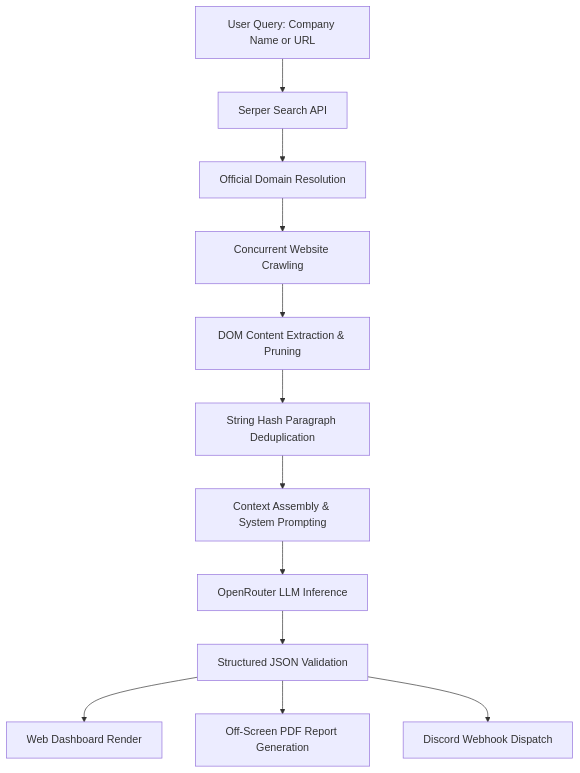
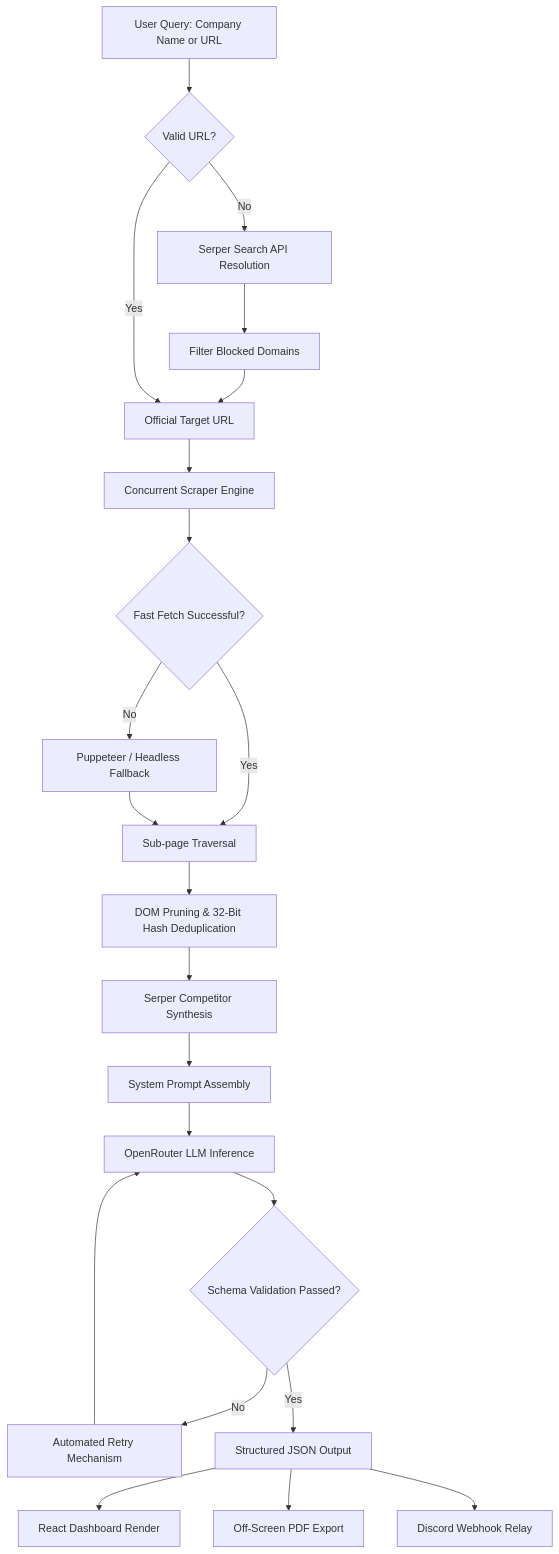
Before and after one commit to sushantkothari/ai-company-research-assistant: the diagram in README.md, drawn with Mermaid. The commit also changed other lines of this file, not shown here.

Commit message:
docs: Refine README for professional impact precise architecture documentation and no emojis

````diff
--- a/README.md
+++ b/README.md
@@ -23,14 +27,28 @@
 ```mermaid
 graph TD
-    A[User Query: Company Name or URL] --> B[Serper Search API]
-    B --> C[Official Domain Resolution]
-    C --> D[Concurrent Website Crawling]
-    D --> E[DOM Content Extraction & Pruning]
-    E --> F[String Hash Paragraph Deduplication]
-    F --> G[Context Assembly & System Prompting]
-    G --> H[OpenRouter LLM Inference]
-    H --> I[Structured JSON Validation]
-    I --> J[Web Dashboard Render]
-    I --> K[Off-Screen PDF Report Generation]
-    I --> L[Discord Webhook Dispatch]
+    A[User Query: Company Name or URL] --> B{Valid URL?}
+    B -- No --> C[Serper Search API Resolution]
+    C --> D[Filter Blocked Domains]
+    D --> E[Official Target URL]
+    B -- Yes --> E
+    
+    E --> F[Concurrent Scraper Engine]
+    F --> G{Fast Fetch Successful?}
+    G -- No --> H[Puppeteer / Headless Fallback]
+    G -- Yes --> I[Sub-page Traversal]
+    H --> I
+    
+    I --> J[DOM Pruning & 32-Bit Hash Deduplication]
+    J --> K[Serper Competitor Synthesis]
+    K --> L[System Prompt Assembly]
+    L --> M[OpenRouter LLM Inference]
+    
+    M --> N{Schema Validation Passed?}
+    N -- No --> O[Automated Retry Mechanism]
+    O --> M
+    N -- Yes --> P[Structured JSON Output]
+    
+    P --> Q[React Dashboard Render]
+    P --> R[Off-Screen PDF Export]
+    P --> S[Discord Webhook Relay]
 ```
````
